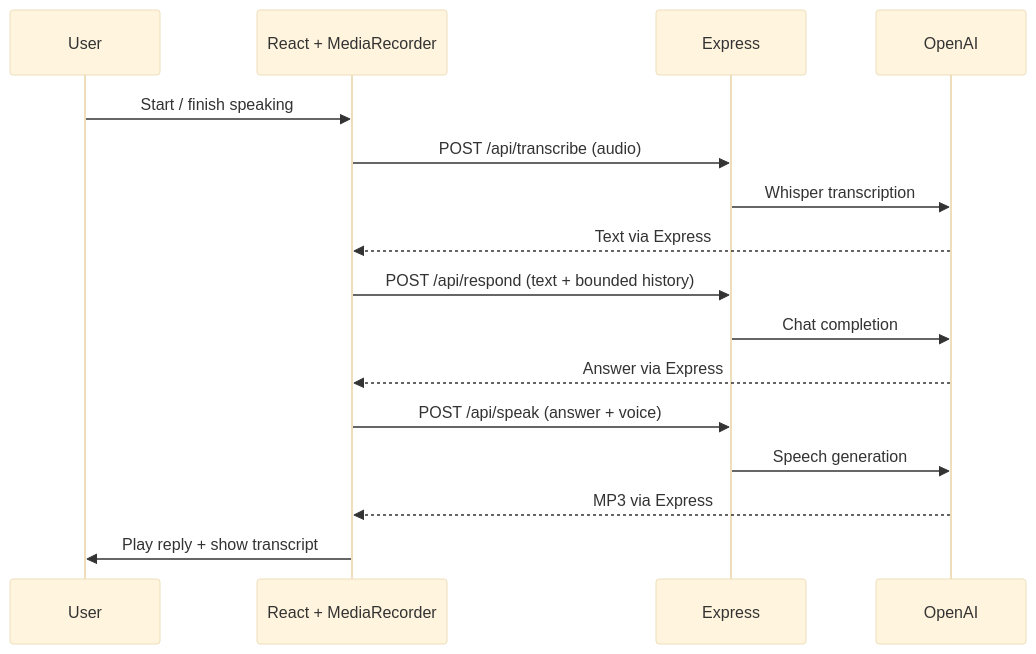
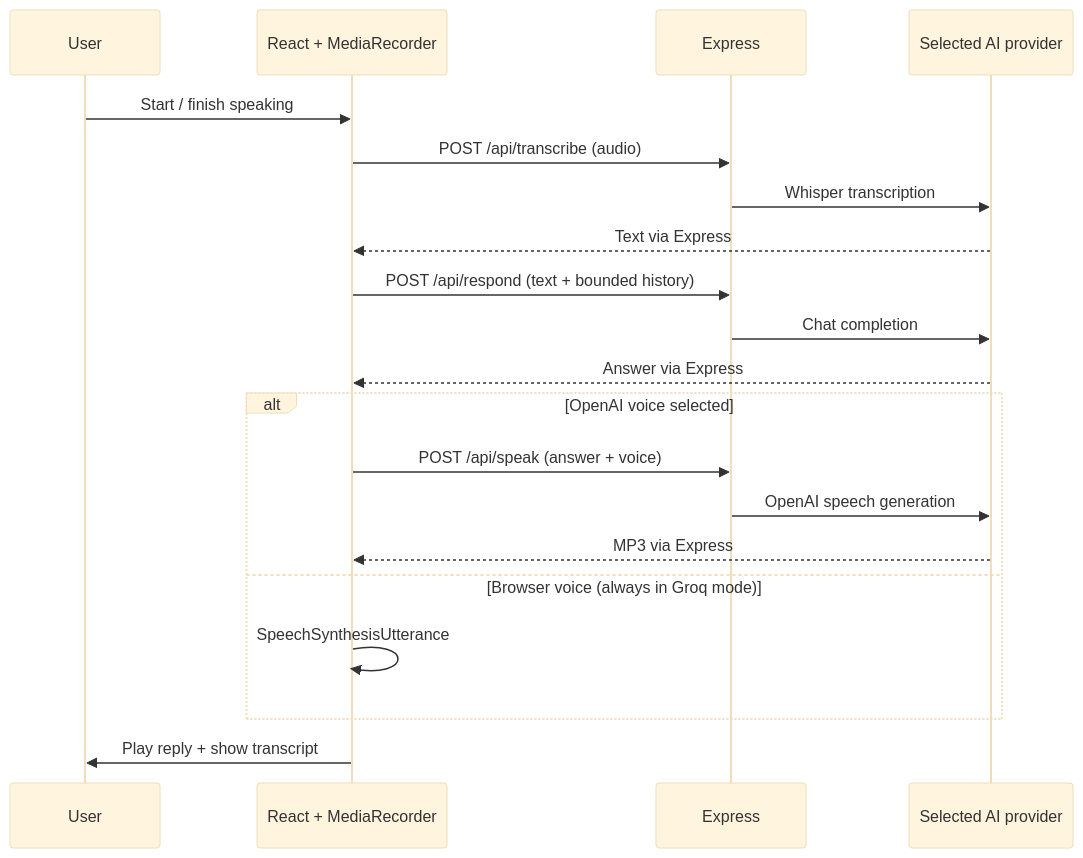
The diagram in README.md (abbasifaizan70/voxa-voice-agent), drawn with Mermaid (base theme) before and after one commit. The commit also changed other lines of this file and 11 other files, not shown here.

Commit message:
Add Groq voice conversations with automatic browser speech

````diff
--- a/README.md
+++ b/README.md
@@ -42,18 +47,22 @@
 ```mermaid
 sequenceDiagram
     participant User
     participant Browser as React + MediaRecorder
     participant API as Express
-    participant AI as OpenAI
+    participant AI as Selected AI provider
     User->>Browser: Start / finish speaking
     Browser->>API: POST /api/transcribe (audio)
     API->>AI: Whisper transcription
     AI-->>Browser: Text via Express
     Browser->>API: POST /api/respond (text + bounded history)
     API->>AI: Chat completion
     AI-->>Browser: Answer via Express
-    Browser->>API: POST /api/speak (answer + voice)
-    API->>AI: Speech generation
-    AI-->>Browser: MP3 via Express
+    alt OpenAI voice selected
+        Browser->>API: POST /api/speak (answer + voice)
+        API->>AI: OpenAI speech generation
+        AI-->>Browser: MP3 via Express
+    else Browser voice (always in Groq mode)
+        Browser->>Browser: SpeechSynthesisUtterance
+    end
     Browser->>User: Play reply + show transcript
 ```
````
